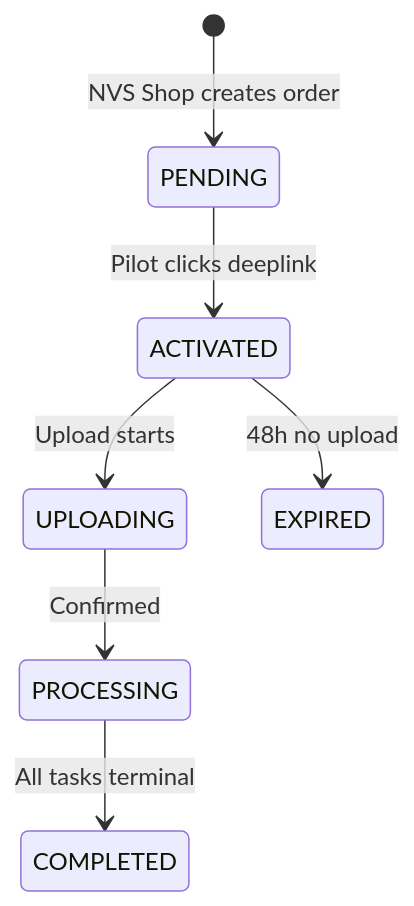
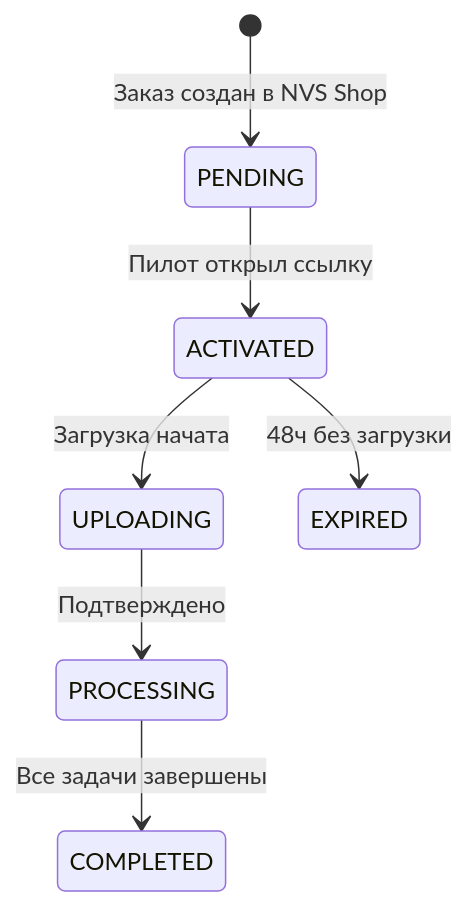
The fourth of 8 diagrams in src/content/docs/pilot-faq.md (AutoPilotSoftware/docs), drawn with Mermaid before and after one commit. The commit also changed other lines of this file and 2 other files, not shown here.

First line of the commit message:
Simplify and localize all pilot-faq diagrams across RU/EN/UA

````diff
--- a/src/content/docs/pilot-faq.md
+++ b/src/content/docs/pilot-faq.md
@@ -257,9 +253,9 @@
 ```mermaid
 stateDiagram-v2
-    [*] --> PENDING: NVS Shop creates order
-    PENDING --> ACTIVATED: Pilot clicks deeplink
-    ACTIVATED --> UPLOADING: Upload starts
-    UPLOADING --> PROCESSING: Confirmed
-    PROCESSING --> COMPLETED: All tasks terminal
-    ACTIVATED --> EXPIRED: 48h no upload
+    [*] --> PENDING: Заказ создан в NVS Shop
+    PENDING --> ACTIVATED: Пилот открыл ссылку
+    ACTIVATED --> UPLOADING: Загрузка начата
+    UPLOADING --> PROCESSING: Подтверждено
+    PROCESSING --> COMPLETED: Все задачи завершены
+    ACTIVATED --> EXPIRED: 48ч без загрузки
 ```
````
